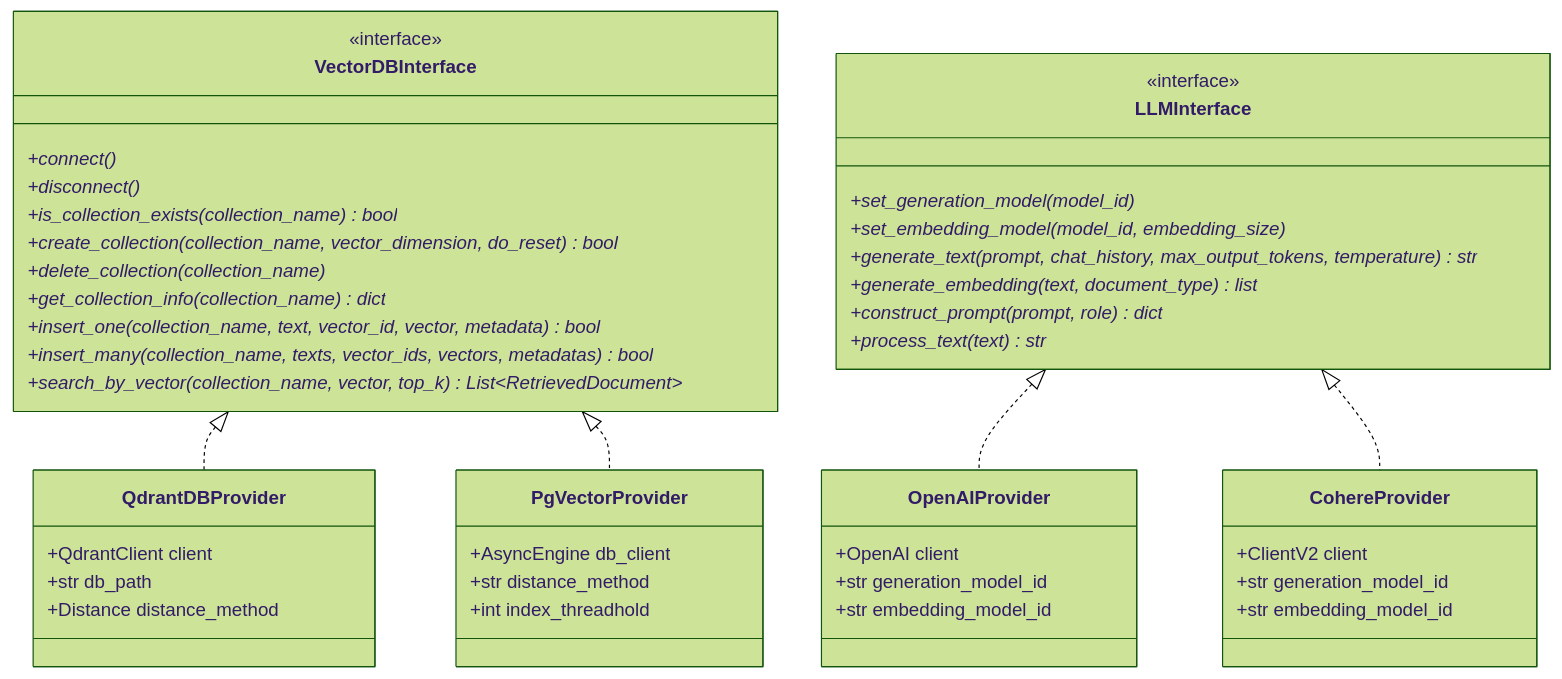
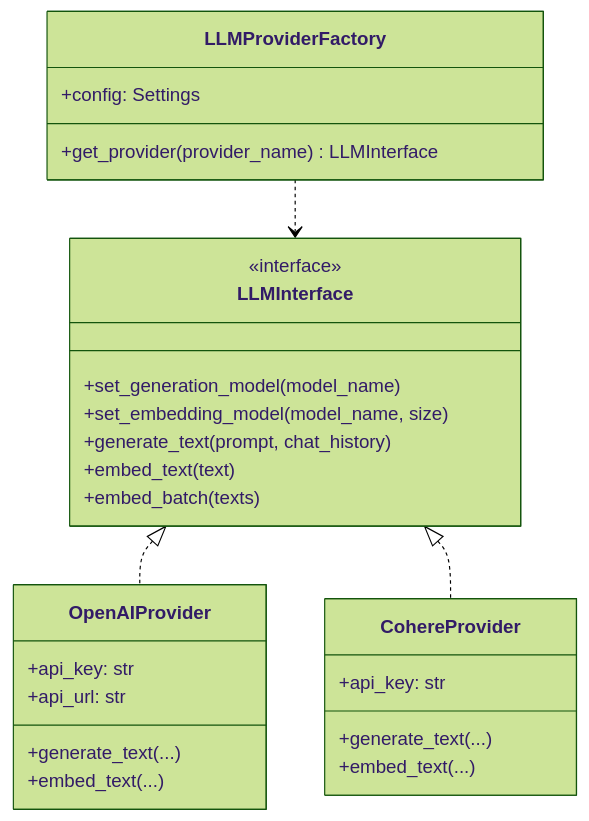
One commit to ahmedeldamaty20/mini-rag changed the eighth of 8 diagrams in README.md. Above: the diagram before and after it, drawn with Mermaid (forest theme). The commit also changed other lines of this file and 1 other file, not shown here.

Commit message:
docs: restructure documentation into PROJECT_ARCHITECTURE.md and new production README.md

````diff
--- a/README.md
+++ b/README.md
@@ -592,55 +378,33 @@
 ```mermaid
 classDiagram
-    class VectorDBInterface {
-        <<interface>>
-        +connect()*
-        +disconnect()*
-        +is_collection_exists(collection_name)* bool
-        +create_collection(collection_name, vector_dimension, do_reset)* bool
-        +delete_collection(collection_name)*
-        +get_collection_info(collection_name)* dict
-        +insert_one(collection_name, text, vector_id, vector, metadata)* bool
-        +insert_many(collection_name, texts, vector_ids, vectors, metadatas)* bool
-        +search_by_vector(collection_name, vector, top_k)* List~RetrievedDocument~
-    }
-
-    class QdrantDBProvider {
-        +QdrantClient client
-        +str db_path
-        +Distance distance_method
-    }
-
-    class PgVectorProvider {
-        +AsyncEngine db_client
-        +str distance_method
-        +int index_threadhold
-    }
-
-    VectorDBInterface <|.. QdrantDBProvider
-    VectorDBInterface <|.. PgVectorProvider
-
     class LLMInterface {
         <<interface>>
-        +set_generation_model(model_id)*
-        +set_embedding_model(model_id, embedding_size)*
-        +generate_text(prompt, chat_history, max_output_tokens, temperature)* str
-        +generate_embedding(text, document_type)* list
-        +construct_prompt(prompt, role)* dict
-        +process_text(text)* str
+        +set_generation_model(model_name)
+        +set_embedding_model(model_name, size)
+        +generate_text(prompt, chat_history)
+        +embed_text(text)
+        +embed_batch(texts)
     }
 
     class OpenAIProvider {
-        +OpenAI client
-        +str generation_model_id
-        +str embedding_model_id
+        +api_key: str
+        +api_url: str
+        +generate_text(...)
+        +embed_text(...)
     }
 
     class CohereProvider {
-        +ClientV2 client
-        +str generation_model_id
-        +str embedding_model_id
+        +api_key: str
+        +generate_text(...)
+        +embed_text(...)
+    }
+
+    class LLMProviderFactory {
+        +config: Settings
+        +get_provider(provider_name) LLMInterface
     }
 
     LLMInterface <|.. OpenAIProvider
     LLMInterface <|.. CohereProvider
+    LLMProviderFactory ..> LLMInterface
 ```
````
